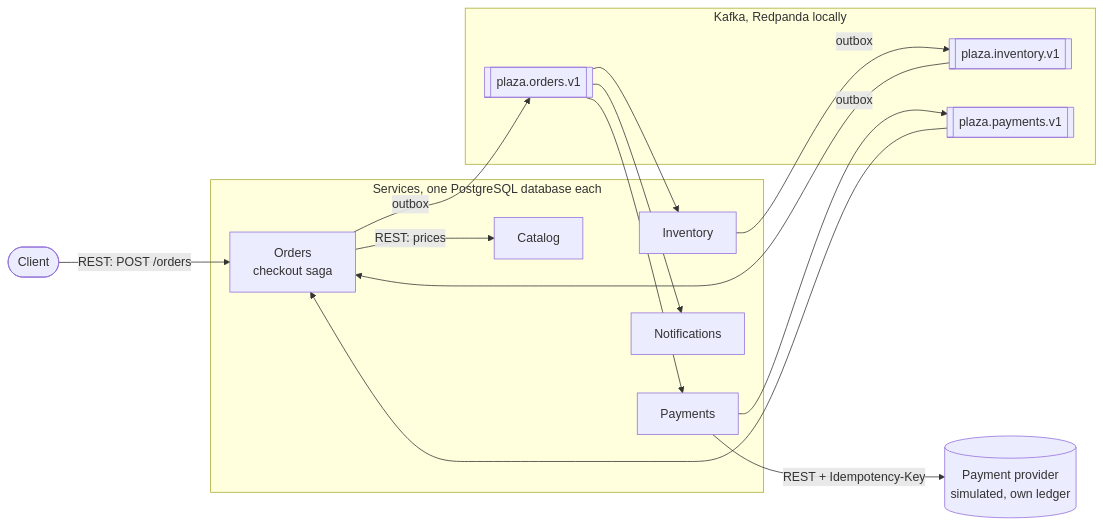
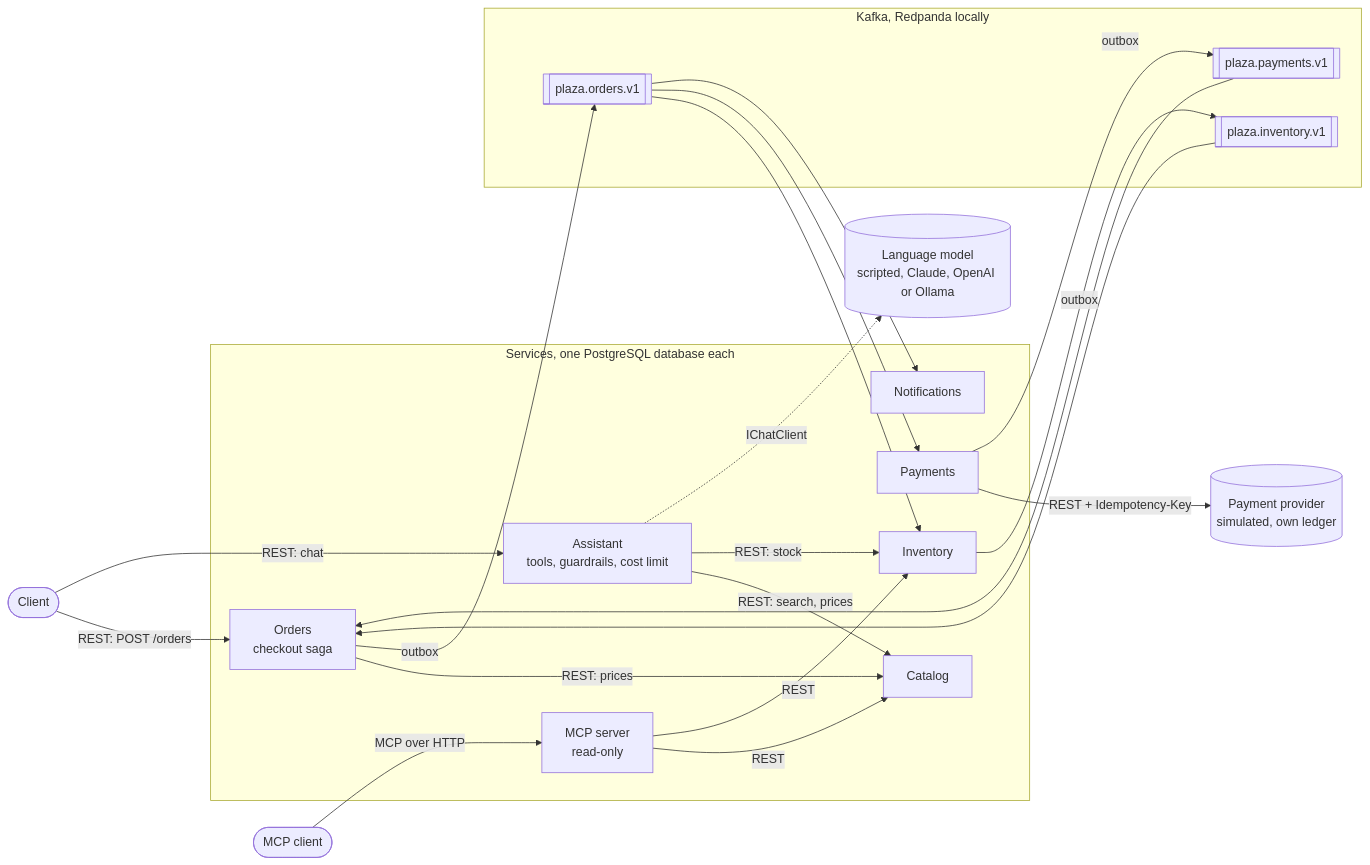
The first of 2 diagrams in README.md (Carlosmarroquin20/plaza-commerce), drawn with Mermaid before and after one commit. The commit also changed other lines of this file, not shown here.

Commit message:
docs: document phase 3 results, the assistant and the MCP server in the README

````diff
--- a/README.md
+++ b/README.md
@@ -53,31 +77,40 @@
 ```mermaid
 flowchart LR
     client([Client])
     provider[(Payment provider<br/>simulated, own ledger)]
 
     subgraph services [Services, one PostgreSQL database each]
         orders[Orders<br/>checkout saga]
         catalog[Catalog]
         inventory[Inventory]
         payments[Payments]
         notifications[Notifications]
+        assistant[Assistant<br/>tools, guardrails, cost limit]
+        mcp[MCP server<br/>read-only]
     end
 
     subgraph kafka [Kafka, Redpanda locally]
         t_orders[[plaza.orders.v1]]
         t_inventory[[plaza.inventory.v1]]
         t_payments[[plaza.payments.v1]]
     end
 
     client -- "REST: POST /orders" --> orders
     orders -- "REST: prices" --> catalog
     payments -- "REST + Idempotency-Key" --> provider
+    client -- "REST: chat" --> assistant
+    mcpclient([MCP client]) -- "MCP over HTTP" --> mcp
+    assistant -- "REST: search, prices" --> catalog
+    assistant -- "REST: stock" --> inventory
+    mcp -- REST --> catalog
+    mcp -- REST --> inventory
+    assistant -. IChatClient .-> model[(Language model<br/>scripted, Claude, OpenAI or Ollama)]
 
     orders -- outbox --> t_orders
     t_orders --> inventory
     t_orders --> payments
     t_orders --> notifications
 
     inventory -- outbox --> t_inventory --> orders
     payments -- outbox --> t_payments --> orders
 ```
````
